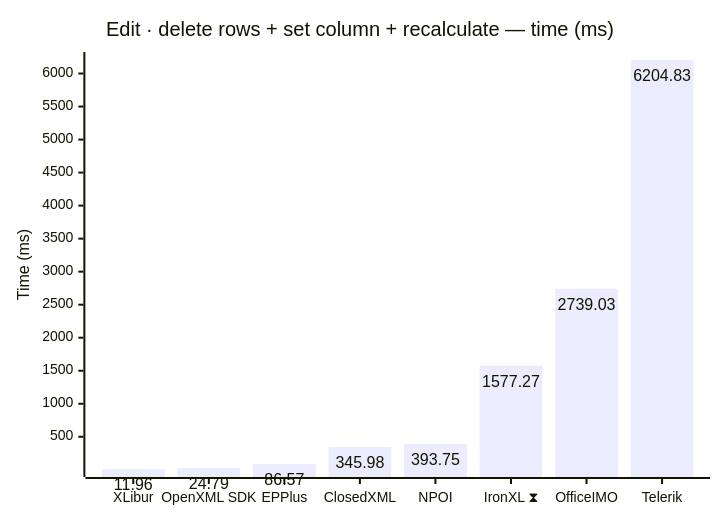
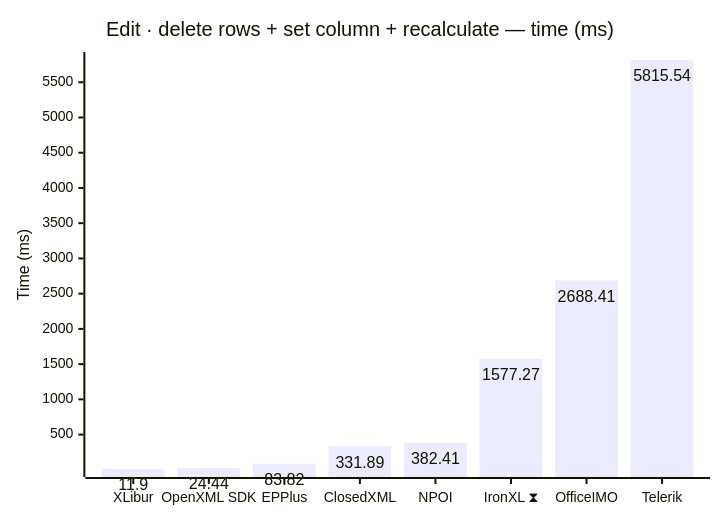
The ninth of 12 diagrams in docs/results.md (jafin/XLBench), drawn with Mermaid before and after one commit. The commit also changed other lines of this file and 5 other files, not shown here.

````diff
--- a/docs/results.md
+++ b/docs/results.md
@@ -146,12 +146,12 @@
 ```mermaid
 ---
 config:
   xyChart:
     showDataLabel: true
 ---
 xychart-beta
     title "Edit · delete rows + set column + recalculate — time (ms)"
     x-axis ["XLibur", "OpenXML SDK", "EPPlus", "ClosedXML", "NPOI", "IronXL ⧗", "OfficeIMO", "Telerik"]
     y-axis "Time (ms)"
-    bar [11.96, 24.79, 86.57, 345.98, 393.75, 1577.27, 2739.03, 6204.83]
+    bar [11.9, 24.44, 83.82, 331.89, 382.41, 1577.27, 2688.41, 5815.54]
 ```
````
